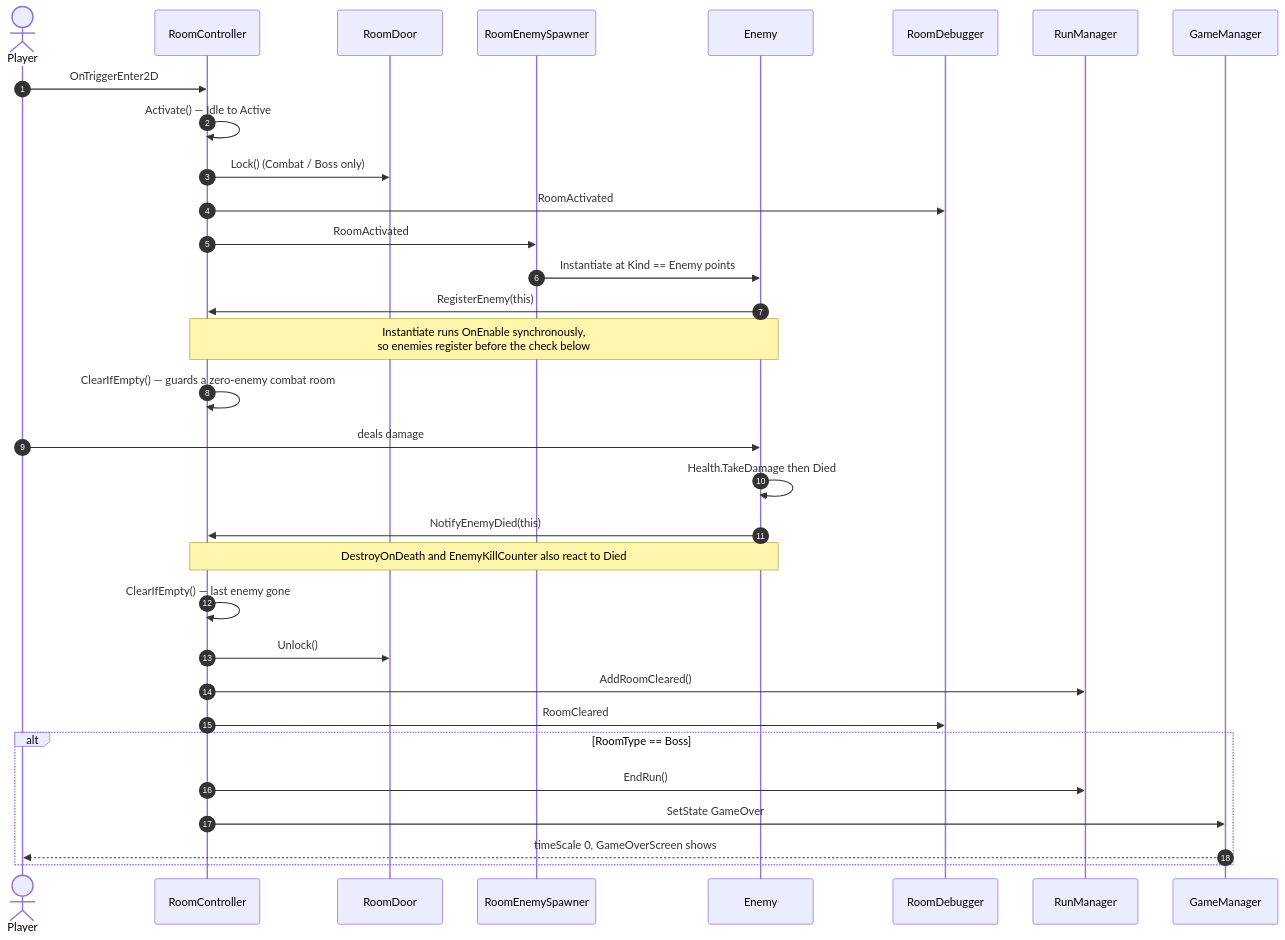
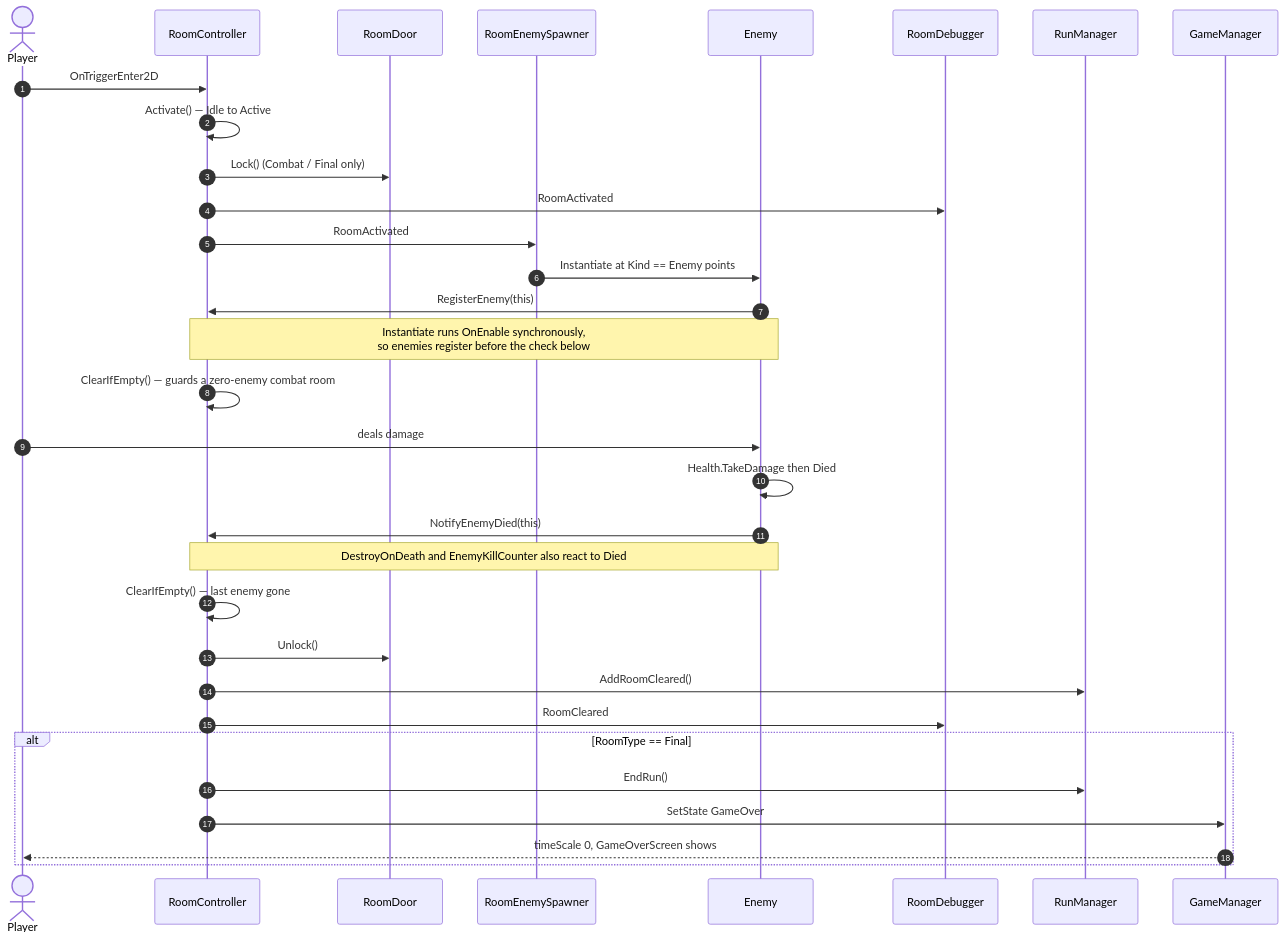
Before and after one commit to Zaba-cfg/Chamberlock: the eighth of 9 diagrams in docs/ROOMS.md, drawn with Mermaid. The commit also changed other lines of this file and 12 other files, not shown here.

````diff
--- a/docs/ROOMS.md
+++ b/docs/ROOMS.md
@@ -774,37 +768,37 @@
 ```mermaid
 sequenceDiagram
     autonumber
     actor P as Player
     participant RC as RoomController
     participant RD as RoomDoor
     participant RES as RoomEnemySpawner
     participant E as Enemy
     participant DBG as RoomDebugger
     participant RM as RunManager
     participant GM as GameManager
 
     P->>RC: OnTriggerEnter2D
     RC->>RC: Activate() — Idle to Active
-    RC->>RD: Lock() (Combat / Boss only)
+    RC->>RD: Lock() (Combat / Final only)
     RC->>DBG: RoomActivated
     RC->>RES: RoomActivated
     RES->>E: Instantiate at Kind == Enemy points
     E->>RC: RegisterEnemy(this)
     Note over RC,E: Instantiate runs OnEnable synchronously,<br/>so enemies register before the check below
     RC->>RC: ClearIfEmpty() — guards a zero-enemy combat room
 
     P->>E: deals damage
     E->>E: Health.TakeDamage then Died
     E->>RC: NotifyEnemyDied(this)
     Note over E,RC: DestroyOnDeath and EnemyKillCounter also react to Died
     RC->>RC: ClearIfEmpty() — last enemy gone
     RC->>RD: Unlock()
     RC->>RM: AddRoomCleared()
     RC->>DBG: RoomCleared
 
-    alt RoomType == Boss
+    alt RoomType == Final
         RC->>RM: EndRun()
         RC->>GM: SetState GameOver
         GM-->>P: timeScale 0, GameOverScreen shows
     end
 ```
````
